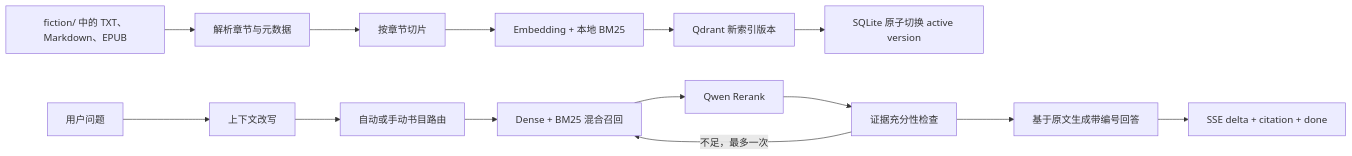
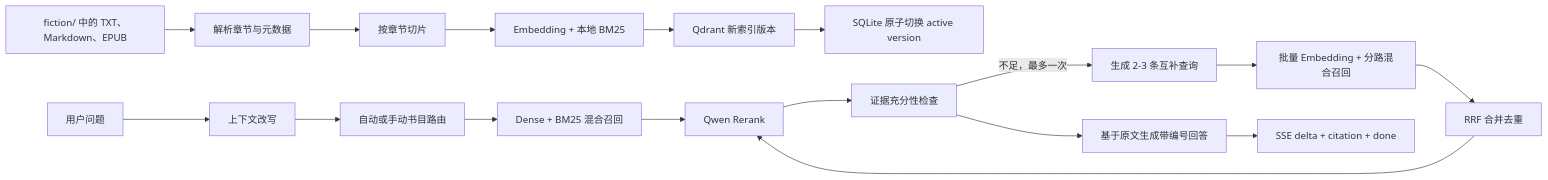
The diagram in docs/ARCHITECTURE.md (cjw260/fiction-master), drawn with Mermaid before and after one commit. The commit also changed other lines of this file and 41 other files, not shown here.

````diff
--- a/docs/ARCHITECTURE.md
+++ b/docs/ARCHITECTURE.md
@@ -21,17 +21,20 @@
 ```mermaid
 flowchart LR
     F["fiction/ 中的 TXT、Markdown、EPUB"] --> P["解析章节与元数据"]
     P --> C["按章节切片"]
     C --> E["Embedding + 本地 BM25"]
     E --> Q["Qdrant 新索引版本"]
     Q --> S["SQLite 原子切换 active version"]
 
     U["用户问题"] --> W["上下文改写"]
     W --> R["自动或手动书目路由"]
     R --> H["Dense + BM25 混合召回"]
     H --> K["Qwen Rerank"]
     K --> G["证据充分性检查"]
-    G -->|"不足，最多一次"| H
+    G -->|"不足，最多一次"| M["生成 2-3 条互补查询"]
+    M --> B["批量 Embedding + 分路混合召回"]
+    B --> J["RRF 合并去重"]
+    J --> K
     G --> A["基于原文生成带编号回答"]
     A --> X["SSE delta + citation + done"]
 ```
````
